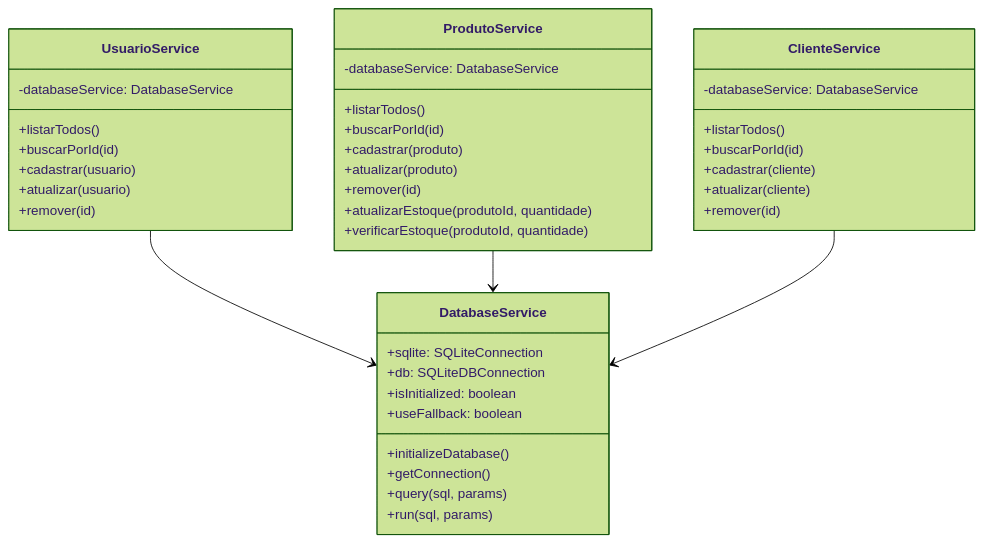
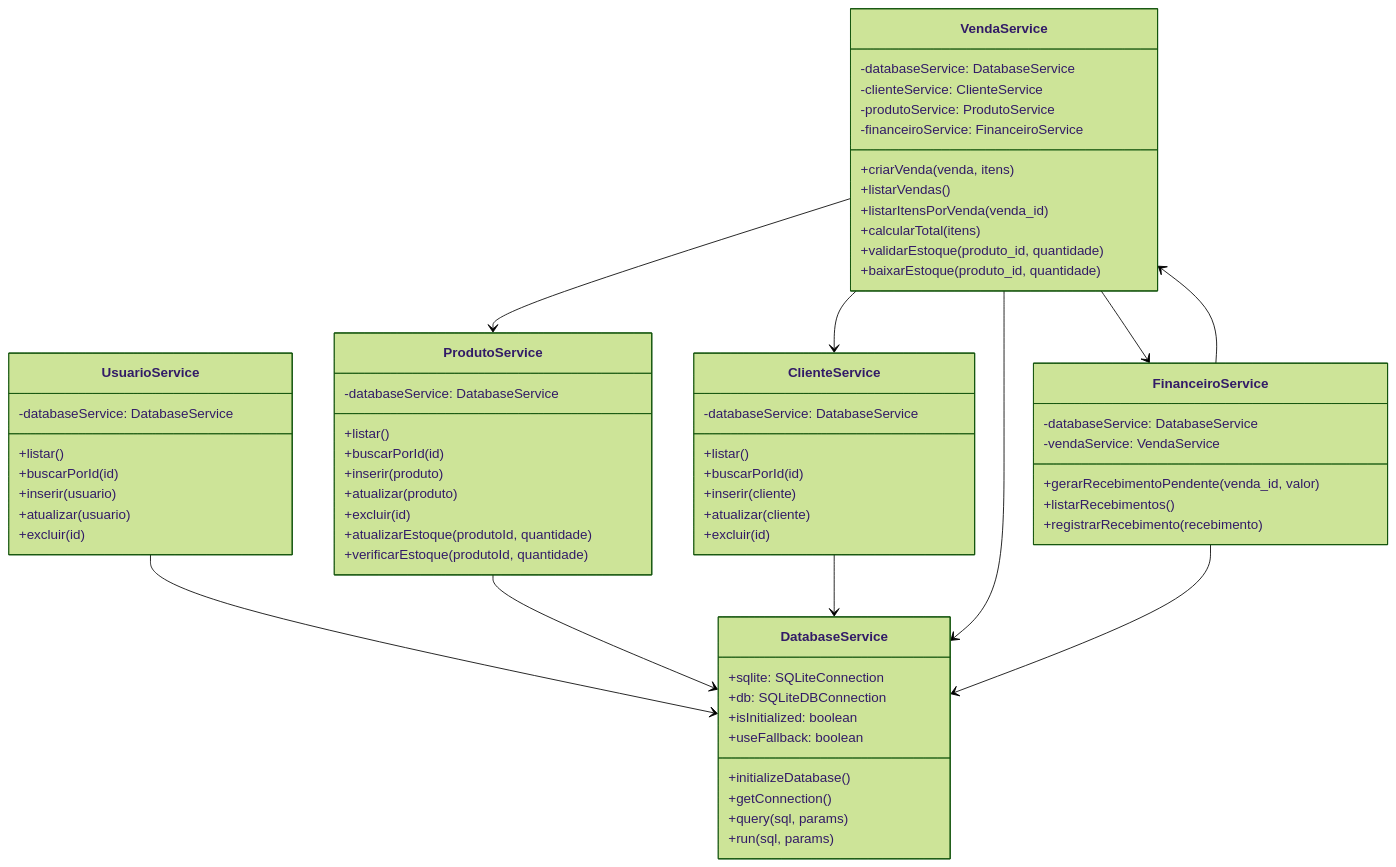
Before and after one commit to EduardoHenrrykSimonato/sistema-gestao-comercial: the fourth of 5 diagrams in documentacao/DIAGRAMAS.md, drawn with Mermaid (forest theme). The commit also changed other lines of this file and 11 other files, not shown here.

````diff
--- a/documentacao/DIAGRAMAS.md
+++ b/documentacao/DIAGRAMAS.md
@@ -99,46 +104,73 @@
 ```mermaid
 classDiagram
     class DatabaseService {
         +sqlite: SQLiteConnection
         +db: SQLiteDBConnection
         +isInitialized: boolean
         +useFallback: boolean
         +initializeDatabase()
         +getConnection()
         +query(sql, params)
         +run(sql, params)
     }
 
     class UsuarioService {
         -databaseService: DatabaseService
-        +listarTodos()
+        +listar()
         +buscarPorId(id)
-        +cadastrar(usuario)
+        +inserir(usuario)
         +atualizar(usuario)
-        +remover(id)
+        +excluir(id)
     }
 
     class ProdutoService {
         -databaseService: DatabaseService
-        +listarTodos()
+        +listar()
         +buscarPorId(id)
-        +cadastrar(produto)
+        +inserir(produto)
         +atualizar(produto)
-        +remover(id)
+        +excluir(id)
         +atualizarEstoque(produtoId, quantidade)
         +verificarEstoque(produtoId, quantidade)
     }
 
     class ClienteService {
         -databaseService: DatabaseService
-        +listarTodos()
+        +listar()
         +buscarPorId(id)
-        +cadastrar(cliente)
+        +inserir(cliente)
         +atualizar(cliente)
-        +remover(id)
+        +excluir(id)
+    }
+
+    class VendaService {
+        -databaseService: DatabaseService
+        -clienteService: ClienteService
+        -produtoService: ProdutoService
+        -financeiroService: FinanceiroService
+        +criarVenda(venda, itens)
+        +listarVendas()
+        +listarItensPorVenda(venda_id)
+        +calcularTotal(itens)
+        +validarEstoque(produto_id, quantidade)
+        +baixarEstoque(produto_id, quantidade)
+    }
+
+    class FinanceiroService {
+        -databaseService: DatabaseService
+        -vendaService: VendaService
+        +gerarRecebimentoPendente(venda_id, valor)
+        +listarRecebimentos()
+        +registrarRecebimento(recebimento)
     }
 
     UsuarioService --> DatabaseService
     ProdutoService --> DatabaseService
     ClienteService --> DatabaseService
+    VendaService --> DatabaseService
+    VendaService --> ClienteService
+    VendaService --> ProdutoService
+    VendaService --> FinanceiroService
+    FinanceiroService --> DatabaseService
+    FinanceiroService --> VendaService
 ```
````
